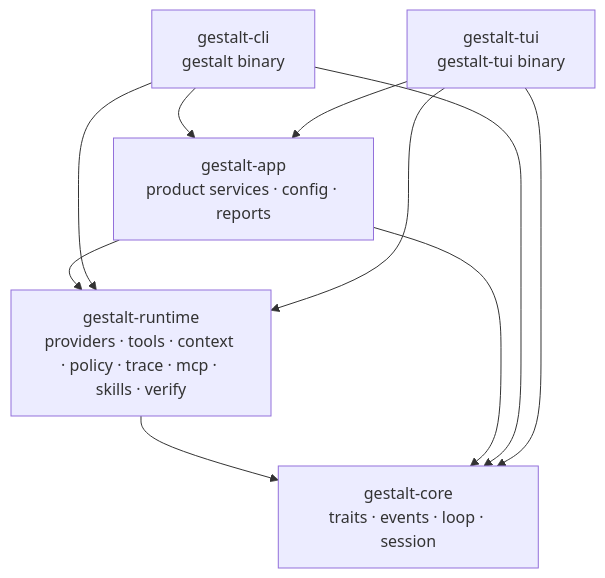
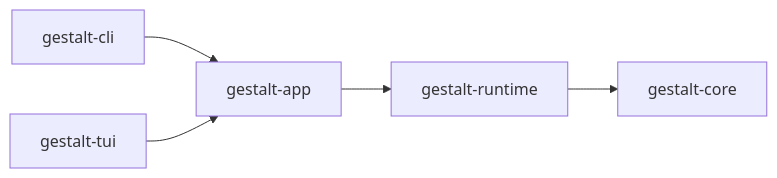
One commit to woshi517/gestalt-harness changed the first of 2 diagrams in docs/gestalt-harness-architecture.md. Above: the diagram before and after it, drawn with Mermaid. The commit also changed other lines of this file and 14 other files, not shown here.

First line of the commit message:
docs(v0.1): simplify prd and architecture specifications, enforce inventory

````diff
--- a/docs/gestalt-harness-architecture.md
+++ b/docs/gestalt-harness-architecture.md
@@ -129,18 +21,7 @@
 ```mermaid
-graph TD
-    Core[gestalt-core<br/>traits · events · loop · session]
-    Runtime[gestalt-runtime<br/>providers · tools · context · policy · trace · mcp · skills · verify]
-    App[gestalt-app<br/>product services · config · reports]
-    CLI[gestalt-cli<br/>gestalt binary]
-    TUI[gestalt-tui<br/>gestalt-tui binary]
-
-    Runtime --> Core
-    App --> Runtime
-    App --> Core
-    CLI --> App
-    CLI --> Runtime
-    CLI --> Core
-    TUI --> App
-    TUI --> Runtime
-    TUI --> Core
+flowchart LR
+    CLI[gestalt-cli] --> APP[gestalt-app]
+    TUI[gestalt-tui] --> APP
+    APP --> RUNTIME[gestalt-runtime]
+    RUNTIME --> CORE[gestalt-core]
 ```
````
